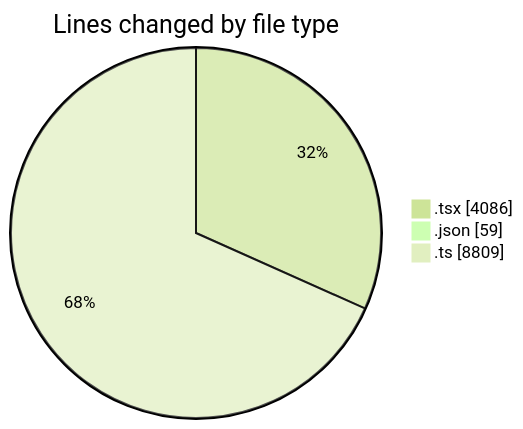
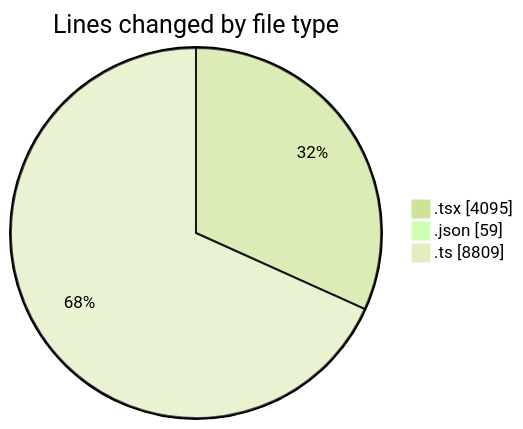
The first of 2 diagrams in 2025-11-24/cda/README.md (momahboobian/code-tracking), drawn with Mermaid (forest theme) before and after one commit. The commit also changed other lines of this file and 1 other file, not shown here.

````diff
--- a/2025-11-24/cda/README.md
+++ b/2025-11-24/cda/README.md
@@ -34,7 +34,7 @@
 ```mermaid
 pie showData
 title Lines changed by file type
-".tsx" : 4086
+".tsx" : 4095
 ".json" : 59
 ".ts" : 8809
 ```
````
